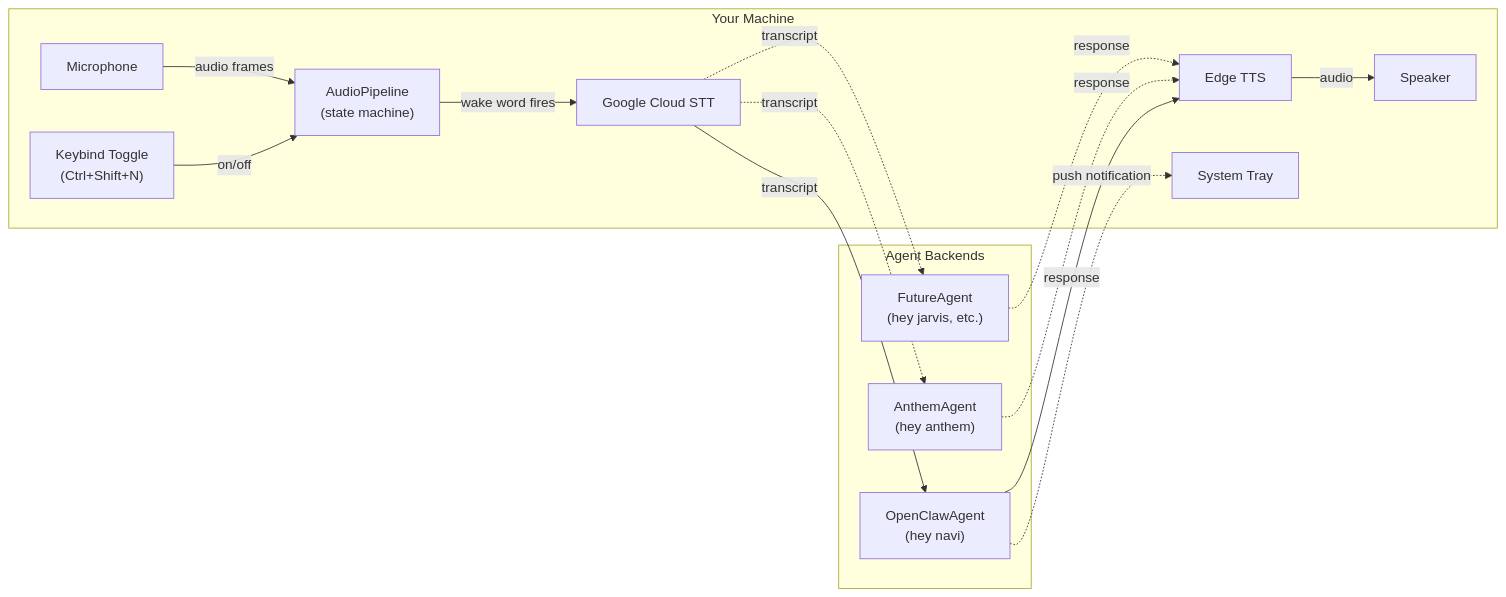
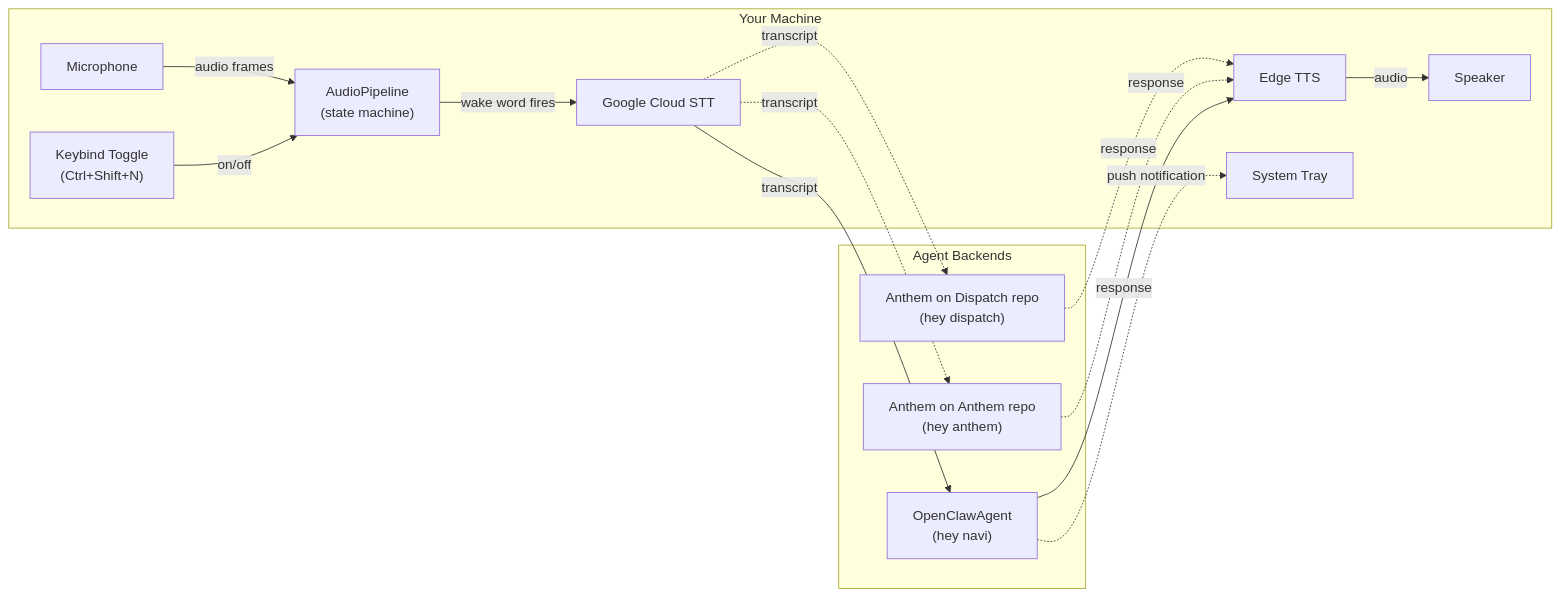
Before and after one commit to rauriemo/dispatch: the first of 2 diagrams in README.md, drawn with Mermaid. The commit also changed other lines of this file and 5 other files, not shown here.

First line of the commit message:
Add Anthem orchestrator for Dispatch repo (hey dispatch, port 8082)

````diff
--- a/README.md
+++ b/README.md
@@ -53,30 +53,30 @@
 ```mermaid
 flowchart LR
   subgraph local ["Your Machine"]
     Hotkey["Keybind Toggle\n(Ctrl+Shift+N)"]
     Mic["Microphone"]
     Pipeline["AudioPipeline\n(state machine)"]
     STT["Google Cloud STT"]
     TTS["Edge TTS"]
     Speaker["Speaker"]
     Tray["System Tray"]
   end
 
   subgraph agents ["Agent Backends"]
     Navi["OpenClawAgent\n(hey navi)"]
-    Anthem["AnthemAgent\n(hey anthem)"]
-    Future["FutureAgent\n(hey jarvis, etc.)"]
+    Anthem["Anthem on Anthem repo\n(hey anthem)"]
+    DispatchDev["Anthem on Dispatch repo\n(hey dispatch)"]
   end
 
   Hotkey -->|"on/off"| Pipeline
   Mic -->|"audio frames"| Pipeline
   Pipeline -->|"wake word fires"| STT
   STT -->|"transcript"| Navi
   STT -.->|"transcript"| Anthem
-  STT -.->|"transcript"| Future
+  STT -.->|"transcript"| DispatchDev
   Navi -->|"response"| TTS
   Anthem -.->|"response"| TTS
-  Future -.->|"response"| TTS
+  DispatchDev -.->|"response"| TTS
   TTS -->|"audio"| Speaker
   Navi -.->|"push notification"| Tray
 ```
````
